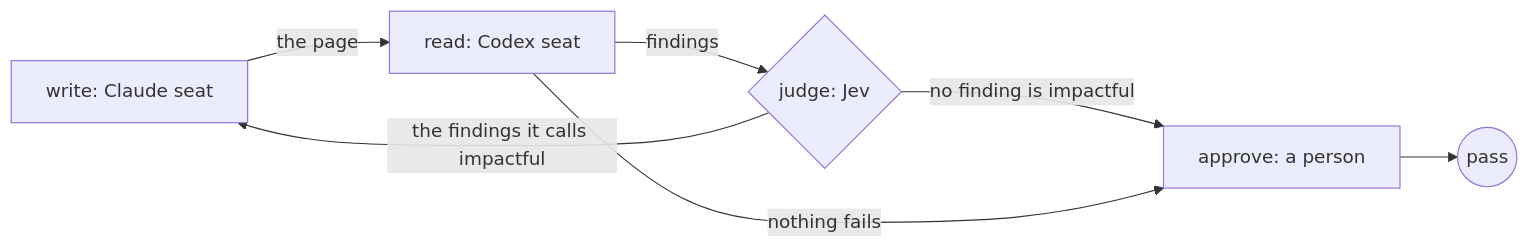
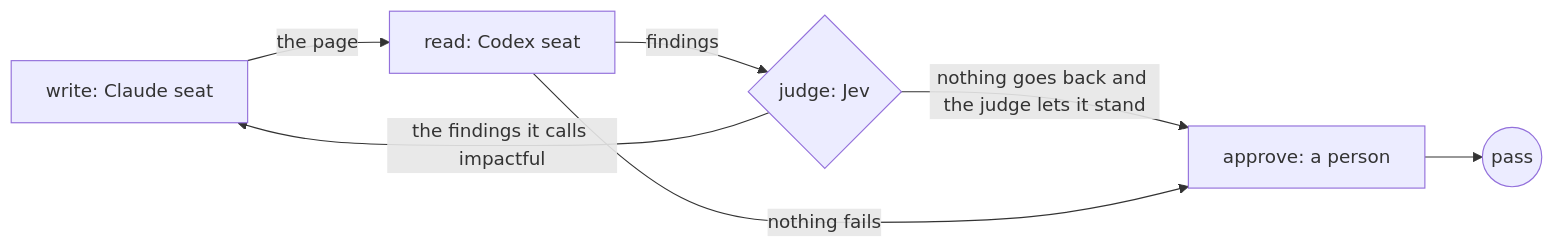
Before and after one commit to jonny981/obversa: the diagram in docs/public/patterns/judge-stops-the-loop.mdx, drawn with Mermaid. The commit also changed other lines of this file and 64 other files, not shown here.

First line of the commit message:
feat(runtime): score each finding and gate every judge action on confidence

````diff
--- a/docs/public/patterns/judge-stops-the-loop.mdx
+++ b/docs/public/patterns/judge-stops-the-loop.mdx
@@ -25,9 +28,9 @@
 ```mermaid
 flowchart LR
   write["write: Claude seat"] -->|the page| read["read: Codex seat"]
   read -->|findings| judge{"judge: Jev"}
   judge -->|the findings it calls impactful| write
-  judge -->|no finding is impactful| approve["approve: a person"]
+  judge -->|nothing goes back and the judge lets it stand| approve["approve: a person"]
   read -->|nothing fails| approve
   approve --> done((pass))
 ```
````
